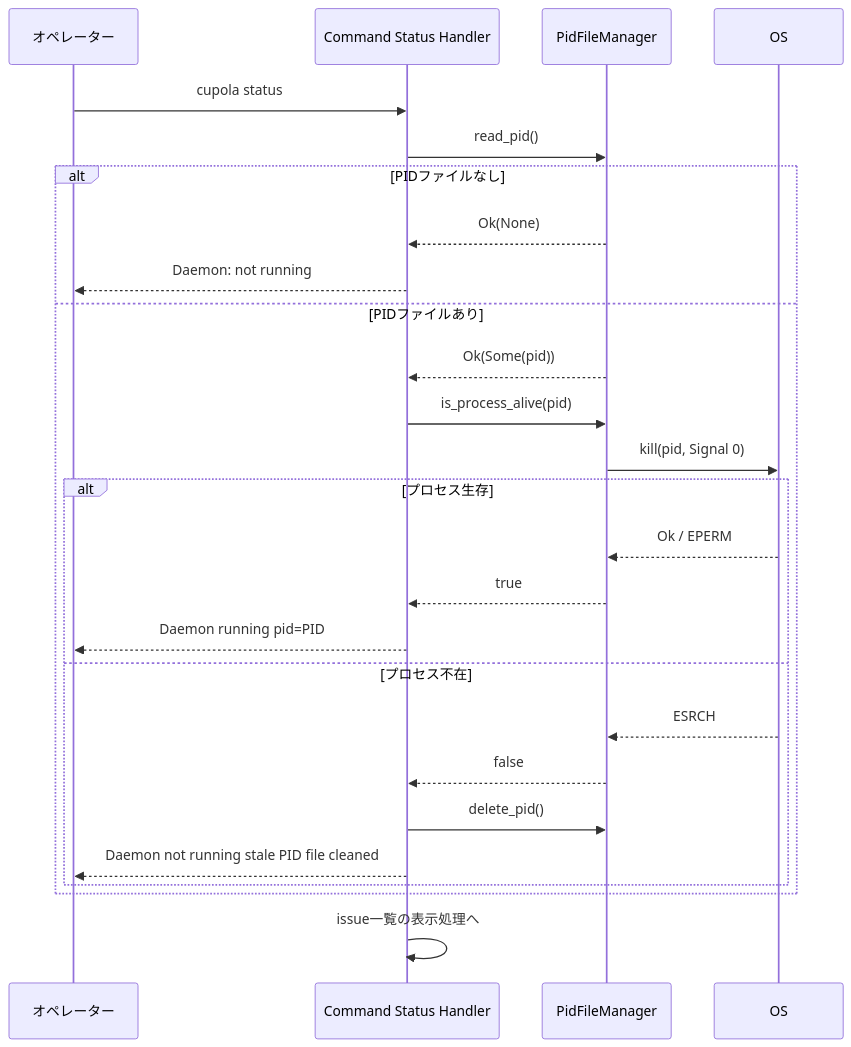
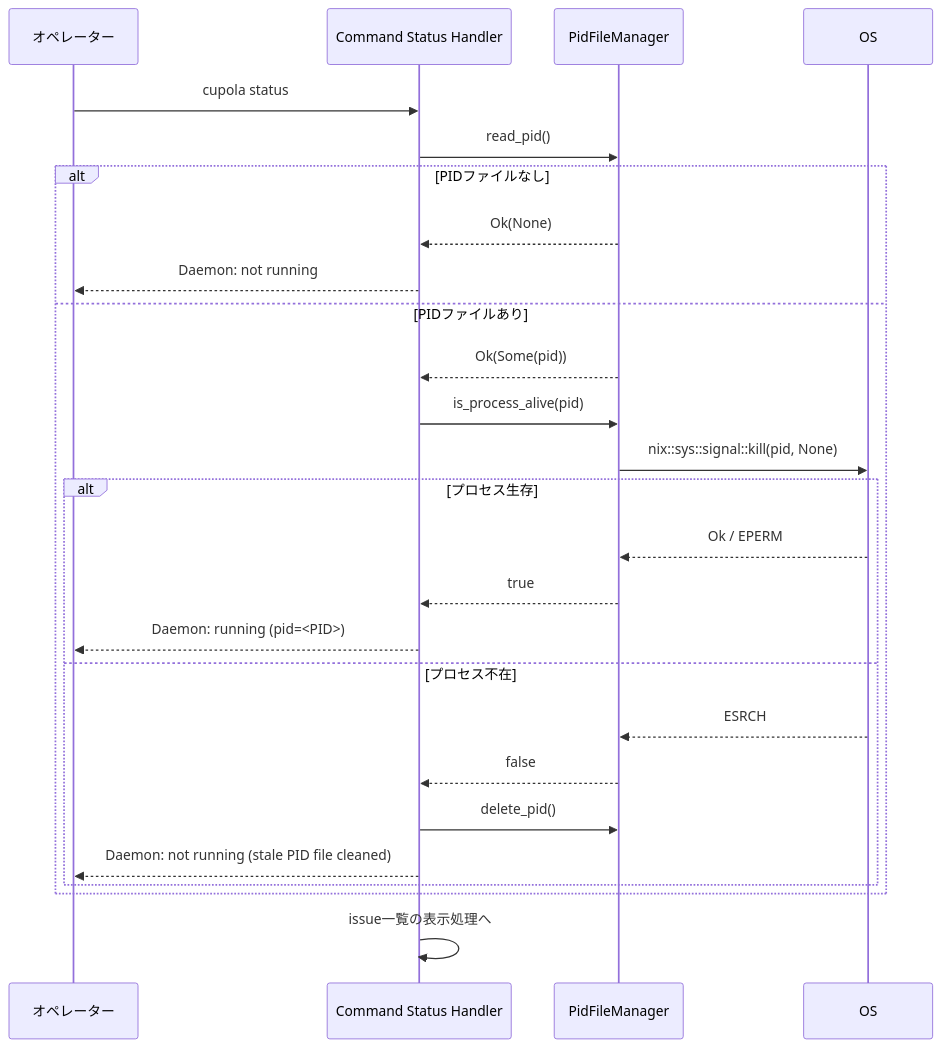
The second of 3 diagrams in .cupola/specs/status-daemon-check/design.md (kyuki3rain/cupola), drawn with Mermaid before and after one commit. The commit also changed other lines of this file, not shown here.

````diff
--- a/.cupola/specs/status-daemon-check/design.md
+++ b/.cupola/specs/status-daemon-check/design.md
@@ -71,29 +71,29 @@
 ```mermaid
 sequenceDiagram
     participant User as オペレーター
     participant Status as Command Status Handler
     participant PidMgr as PidFileManager
     participant OS as OS
 
     User->>Status: cupola status
     Status->>PidMgr: read_pid()
     alt PIDファイルなし
         PidMgr-->>Status: Ok(None)
         Status-->>User: Daemon: not running
     else PIDファイルあり
         PidMgr-->>Status: Ok(Some(pid))
         Status->>PidMgr: is_process_alive(pid)
-        PidMgr->>OS: kill(pid, Signal 0)
+        PidMgr->>OS: nix::sys::signal::kill(pid, None)
         alt プロセス生存
             OS-->>PidMgr: Ok / EPERM
             PidMgr-->>Status: true
-            Status-->>User: Daemon running pid=PID
+            Status-->>User: Daemon: running (pid=<PID>)
         else プロセス不在
             OS-->>PidMgr: ESRCH
             PidMgr-->>Status: false
             Status->>PidMgr: delete_pid()
-            Status-->>User: Daemon not running stale PID file cleaned
+            Status-->>User: Daemon: not running (stale PID file cleaned)
         end
     end
     Status->>Status: issue一覧の表示処理へ
 ```
````
